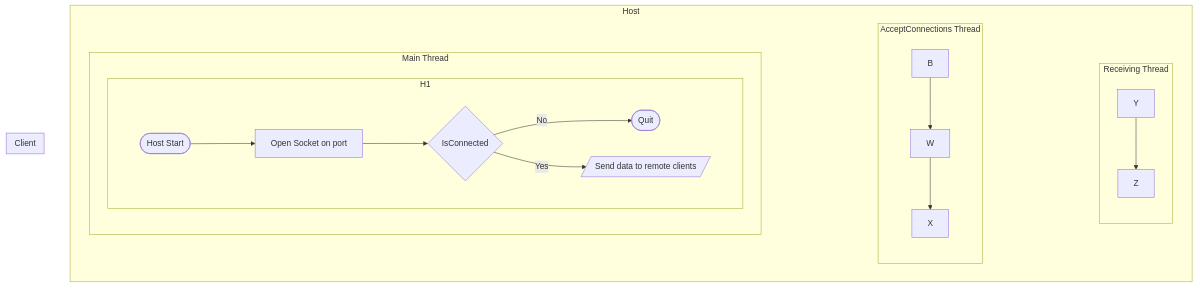
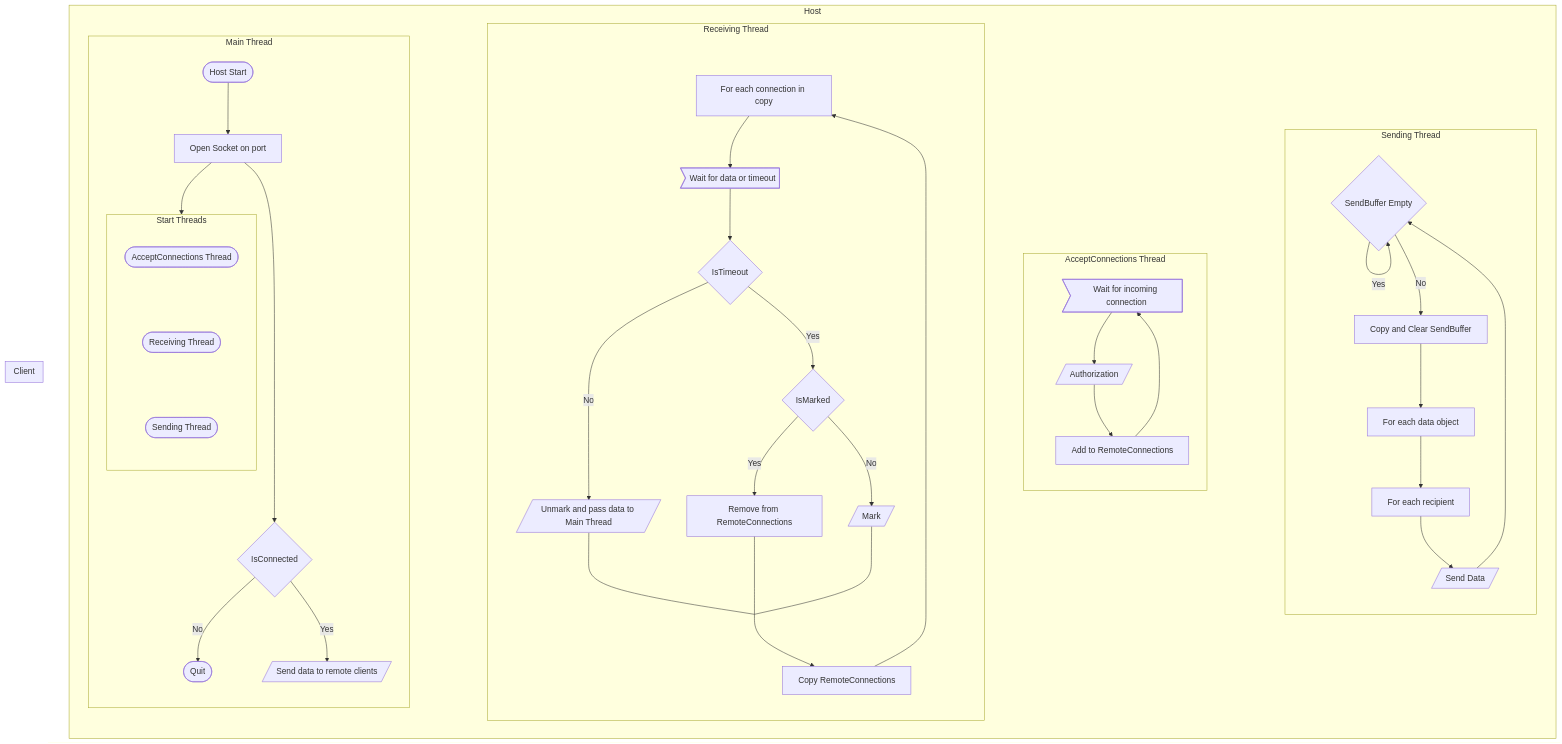
One commit to GMcMichael/ThornNetworking changed the diagram in README.md. Above: the diagram before and after it, drawn with Mermaid.

````diff
--- a/README.md
+++ b/README.md
@@ -1,29 +1,45 @@
 ```mermaid
-flowchart TB
+flowchart
     subgraph Host
         direction LR
-        mt ~~~~~ act ~~~~~ rt
+        mt ~~~~ rt ~~~ act ~~~~ st
         subgraph mt [Main Thread]
             direction TB
-            subgraph hidden1 [H1]
-                A1([Host Start])-->B1[Open Socket on port]
-                B1-->D1{IsConnected}
-                D1-- No -->E1([Quit])
-                D1-- Yes -->F1[/Send data to remote clients/]
+            A1([Host Start])-->B1[Open Socket on port]
+            B1--->D1{IsConnected}
+            D1-- No -->E1([Quit])
+            D1-- Yes -->F1[/Send data to remote clients/]
+            B1-->st1
+            subgraph st1 [Start Threads]
+                direction TB
+                G1([AcceptConnections Thread]) ~~~ H1([Receiving Thread]) ~~~ I1([Sending Thread])
             end
         end
         subgraph act [AcceptConnections Thread]
             direction TB
-            B-->W
-            W-->X
+            A2>Wait for incoming connection] --> B2[/Authorization/] --> C2[Add to RemoteConnections] --> A2
         end
         subgraph rt [Receiving Thread]
             direction TB
-            Y-->Z
+            A3[Copy RemoteConnections] --> B3
+            h1:::hidden
+            subgraph h1[" "]
+                B3[For each connection in copy] --> C3>Wait for data or timeout] --> D3{IsTimeout} -- No --> E3[/Unmark and pass data to Main Thread/]
+                D3 -- Yes --> F3{IsMarked} -- Yes --> G3[Remove from RemoteConnections]
+                F3 -- No --> H3[/Mark/]
+            end
+            E3 & G3 & H3 --- I3[" "]:::hidden --> A3
+        end
+        subgraph st [Sending Thread]
+            direction TB
+            A4{SendBuffer Empty} -- Yes --> A4
+            A4 -- No --> B4[Copy and Clear SendBuffer] --> C4[For each data object] --> D4[For each recipient]
+            D4 --> E4[/Send Data/] --> A4
         end
     end
     subgraph Client
         direction TB
         
     end
+    classDef hidden display: none;
 ```
````
